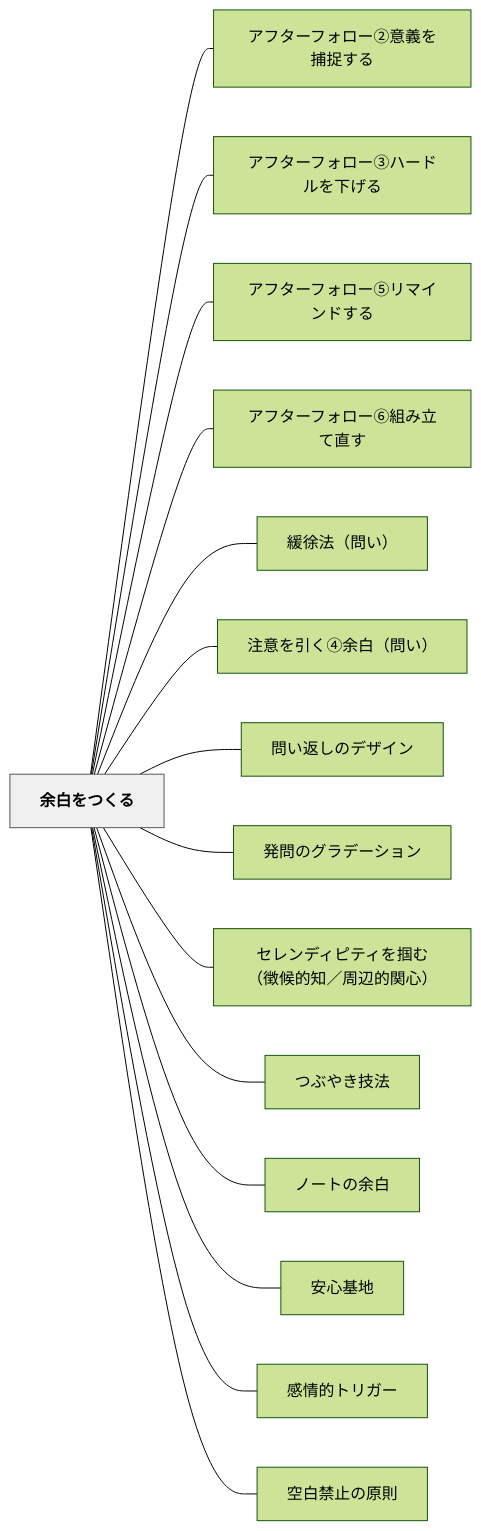
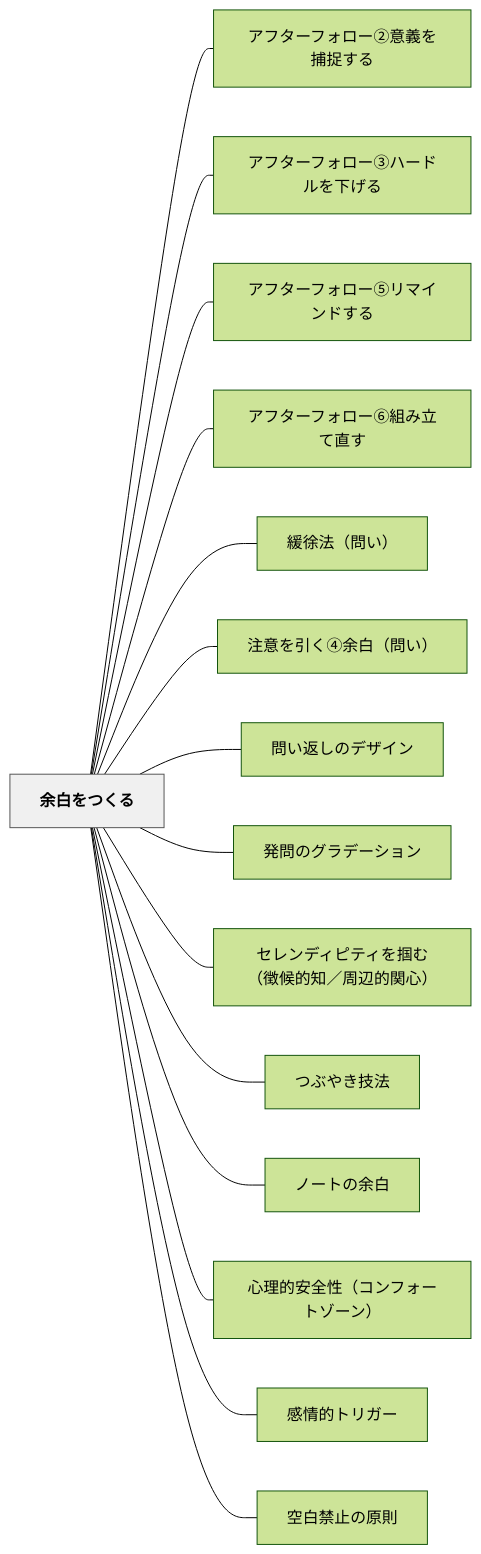
One commit to unknownthings-ed-patterns/unknownthings-ed-patterns changed the diagram in content/パタン/余白をつくる.md. Above: the diagram before and after it, drawn with Mermaid (forest theme). The commit also changed other lines of this file and 30 other files, not shown here.

````diff
--- a/content/パタン/余白をつくる.md
+++ b/content/パタン/余白をつくる.md
@@ -87,36 +87,36 @@
 ```mermaid
 flowchart LR
     ne4bd99e799bde38292e381a4e3818fe3828b["余白をつくる"]
     ne382a2e38395e382bfe383bce38395e382a9e383ade383bce291a1e6848fe7bea9e38292e68d95e68d89e38199e3828b["アフターフォロー②意義を捕捉する"]
     ne382a2e38395e382bfe383bce38395e382a9e383ade383bce291a2e3838fe383bce38389e383abe38292e4b88be38192e3828b["アフターフォロー③ハードルを下げる"]
     ne382a2e38395e382bfe383bce38395e382a9e383ade383bce291a4e383aae3839ee382a4e383b3e38389e38199e3828b["アフターフォロー⑤リマインドする"]
     ne382a2e38395e382bfe383bce38395e382a9e383ade383bce291a5e7b584e381bfe7ab8be381a6e79bb4e38199["アフターフォロー⑥組み立て直す"]
     ne7b7a9e5be90e6b395efbc88e5958fe38184efbc89["緩徐法（問い）"]
     ne6b3a8e6848fe38292e5bc95e3818fe291a3e4bd99e799bdefbc88e5958fe38184efbc89["注意を引く④余白（問い）"]
     ne5958fe38184e8bf94e38197e381aee38387e382b6e382a4e383b3["問い返しのデザイン"]
     ne799bae5958fe381aee382b0e383a9e38387e383bce382b7e383a7e383b3["発問のグラデーション"]
     ne382bbe383ace383b3e38387e382a3e38394e38386e382a3e38292e68eb4e38280efbc88e5beb4e58099e79a84e79fa5efbc8fe591a8e8bebae79a84e996a2e5bf83efbc89["セレンディピティを掴む（徴候的知／周辺的関心）"]
     ne381a4e381b6e38284e3818de68a80e6b395["つぶやき技法"]
     ne3838ee383bce38388e381aee4bd99e799bd["ノートの余白"]
-    ne5ae89e5bf83e59fbae59cb0["安心基地"]
+    ne5bf83e79086e79a84e5ae89e585a8e680a7efbc88e382b3e383b3e38395e382a9e383bce38388e382bee383bce383b3efbc89["心理的安全性（コンフォートゾーン）"]
     ne6849fe68385e79a84e38388e383aae382ace383bc["感情的トリガー"]
     ne7a9bae799bde7a681e6ada2e381aee58e9fe58987["空白禁止の原則"]
 
     ne4bd99e799bde38292e381a4e3818fe3828b --- ne382a2e38395e382bfe383bce38395e382a9e383ade383bce291a1e6848fe7bea9e38292e68d95e68d89e38199e3828b
     ne4bd99e799bde38292e381a4e3818fe3828b --- ne382a2e38395e382bfe383bce38395e382a9e383ade383bce291a2e3838fe383bce38389e383abe38292e4b88be38192e3828b
     ne4bd99e799bde38292e381a4e3818fe3828b --- ne382a2e38395e382bfe383bce38395e382a9e383ade383bce291a4e383aae3839ee382a4e383b3e38389e38199e3828b
     ne4bd99e799bde38292e381a4e3818fe3828b --- ne382a2e38395e382bfe383bce38395e382a9e383ade383bce291a5e7b584e381bfe7ab8be381a6e79bb4e38199
     ne4bd99e799bde38292e381a4e3818fe3828b --- ne7b7a9e5be90e6b395efbc88e5958fe38184efbc89
     ne4bd99e799bde38292e381a4e3818fe3828b --- ne6b3a8e6848fe38292e5bc95e3818fe291a3e4bd99e799bdefbc88e5958fe38184efbc89
     ne4bd99e799bde38292e381a4e3818fe3828b --- ne5958fe38184e8bf94e38197e381aee38387e382b6e382a4e383b3
     ne4bd99e799bde38292e381a4e3818fe3828b --- ne799bae5958fe381aee382b0e383a9e38387e383bce382b7e383a7e383b3
     ne4bd99e799bde38292e381a4e3818fe3828b --- ne382bbe383ace383b3e38387e382a3e38394e38386e382a3e38292e68eb4e38280efbc88e5beb4e58099e79a84e79fa5efbc8fe591a8e8bebae79a84e996a2e5bf83efbc89
     ne4bd99e799bde38292e381a4e3818fe3828b --- ne381a4e381b6e38284e3818de68a80e6b395
     ne4bd99e799bde38292e381a4e3818fe3828b --- ne3838ee383bce38388e381aee4bd99e799bd
-    ne4bd99e799bde38292e381a4e3818fe3828b --- ne5ae89e5bf83e59fbae59cb0
+    ne4bd99e799bde38292e381a4e3818fe3828b --- ne5bf83e79086e79a84e5ae89e585a8e680a7efbc88e382b3e383b3e38395e382a9e383bce38388e382bee383bce383b3efbc89
     ne4bd99e799bde38292e381a4e3818fe3828b --- ne6849fe68385e79a84e38388e383aae382ace383bc
     ne4bd99e799bde38292e381a4e3818fe3828b --- ne7a9bae799bde7a681e6ada2e381aee58e9fe58987
 
     classDef hub fill:#f0f0f0,stroke:#555,color:#000,font-weight:bold
     class ne4bd99e799bde38292e381a4e3818fe3828b hub
 ```
````
